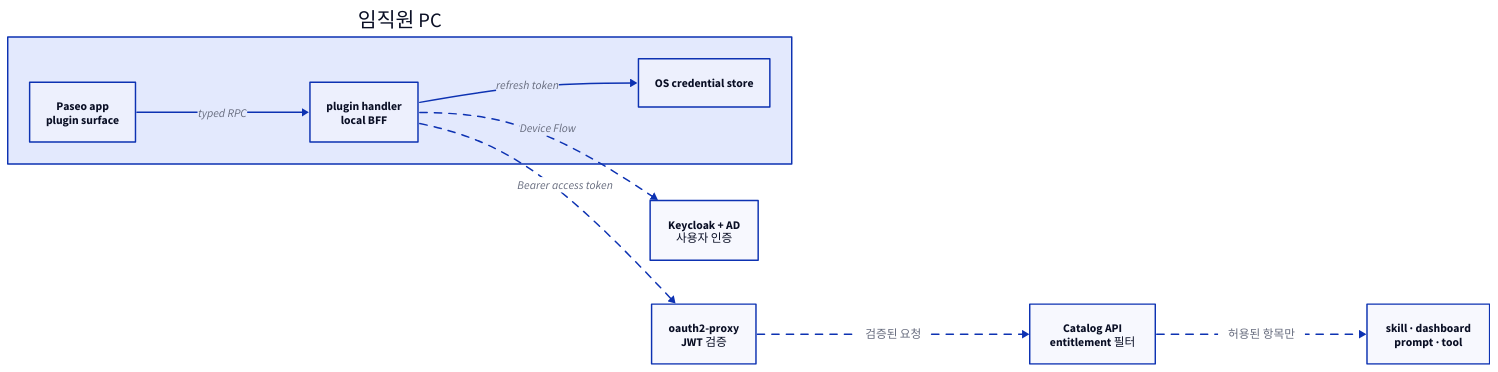
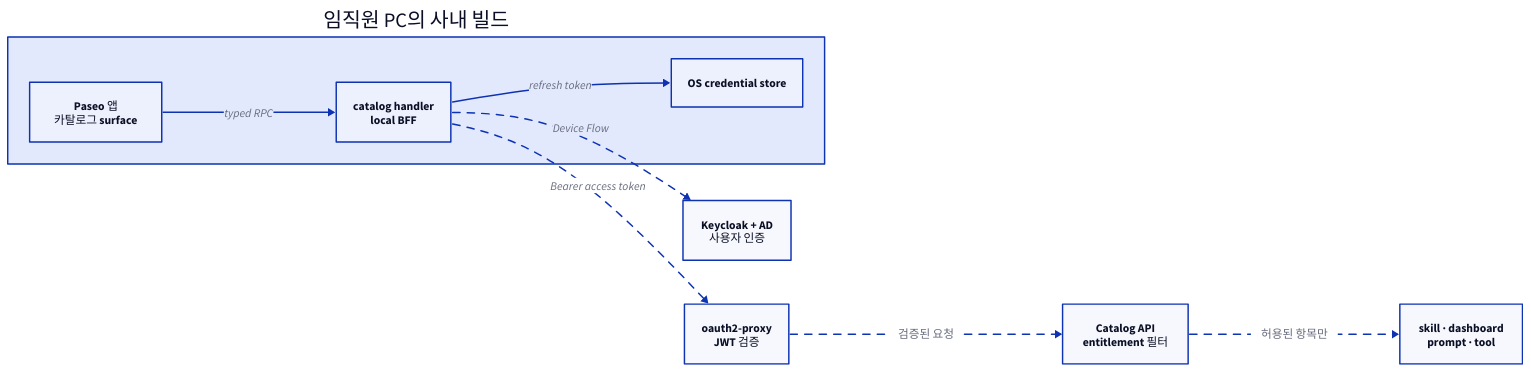
The diagram in src/content/docs/paseo-enterprise/index.mdx (mechurak/study-starlight), drawn with D2 before and after one commit. The commit also changed other lines of this file and 12 other files, not shown here.

````diff
--- a/src/content/docs/paseo-enterprise/index.mdx
+++ b/src/content/docs/paseo-enterprise/index.mdx
@@ -52,30 +58,30 @@
-```d2 layout=elk pad=40 title="개인 PC의 Paseo에서 Keycloak 인증을 거쳐 권한이 필터링된 사내 카탈로그를 받는 구조"
+```d2 layout=elk pad=40 title="개인 PC의 Paseo 사내 빌드에서 Keycloak 인증을 거쳐 권한이 필터링된 사내 카탈로그를 받는 구조"
 direction: right
 
-pc: "임직원 PC" {
-  paseo: "Paseo app\nplugin surface"
-  handler: "plugin handler\nlocal BFF"
+pc: "임직원 PC의 사내 빌드" {
+  paseo: "Paseo 앱\n카탈로그 surface"
+  handler: "catalog handler\nlocal BFF"
   store: "OS credential store"
 
   paseo -> handler: "typed RPC"
   handler -> store: "refresh token"
 }
 
 idp: "Keycloak + AD\n사용자 인증"
 proxy: "oauth2-proxy\nJWT 검증"
 api: "Catalog API\nentitlement 필터"
 items: "skill · dashboard\nprompt · tool"
 
 pc.handler -> idp: "Device Flow" {
   style.animated: true
 }
 pc.handler -> proxy: "Bearer access token" {
   style.animated: true
 }
 proxy -> api: "검증된 요청" {
   style.animated: true
 }
 api -> items: "허용된 항목만" {
   style.animated: true
 }
 ```
````
